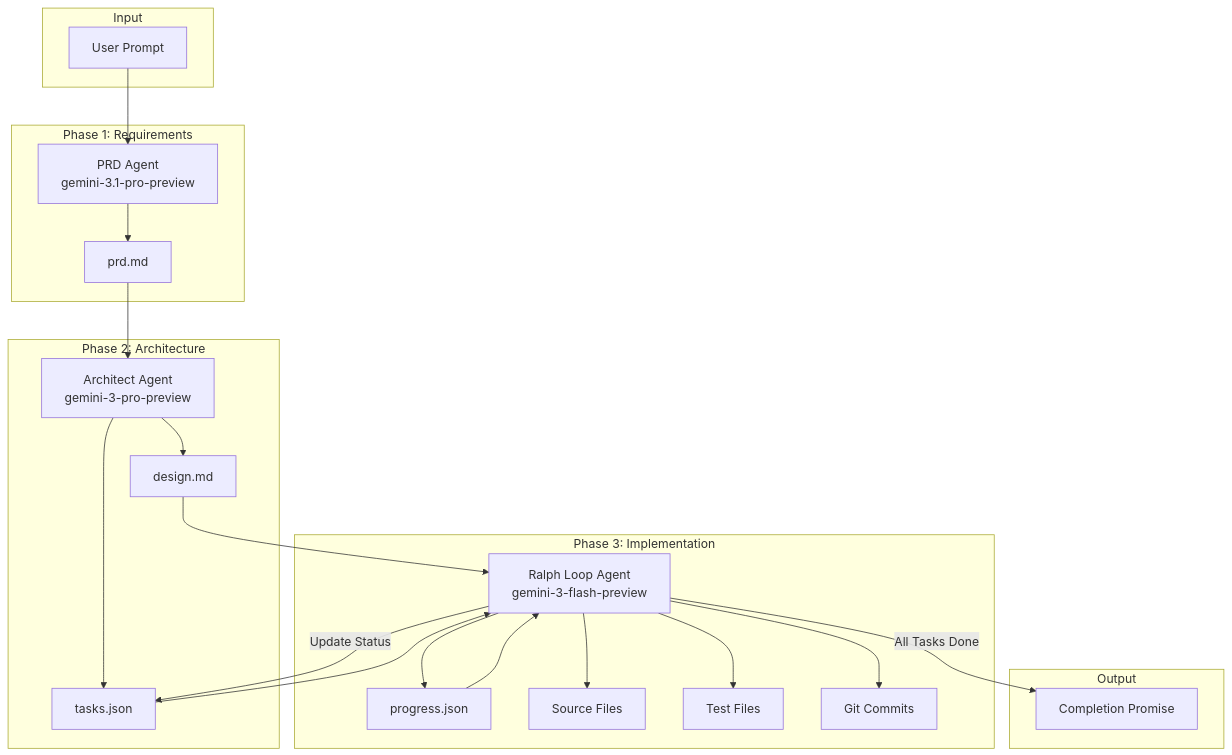
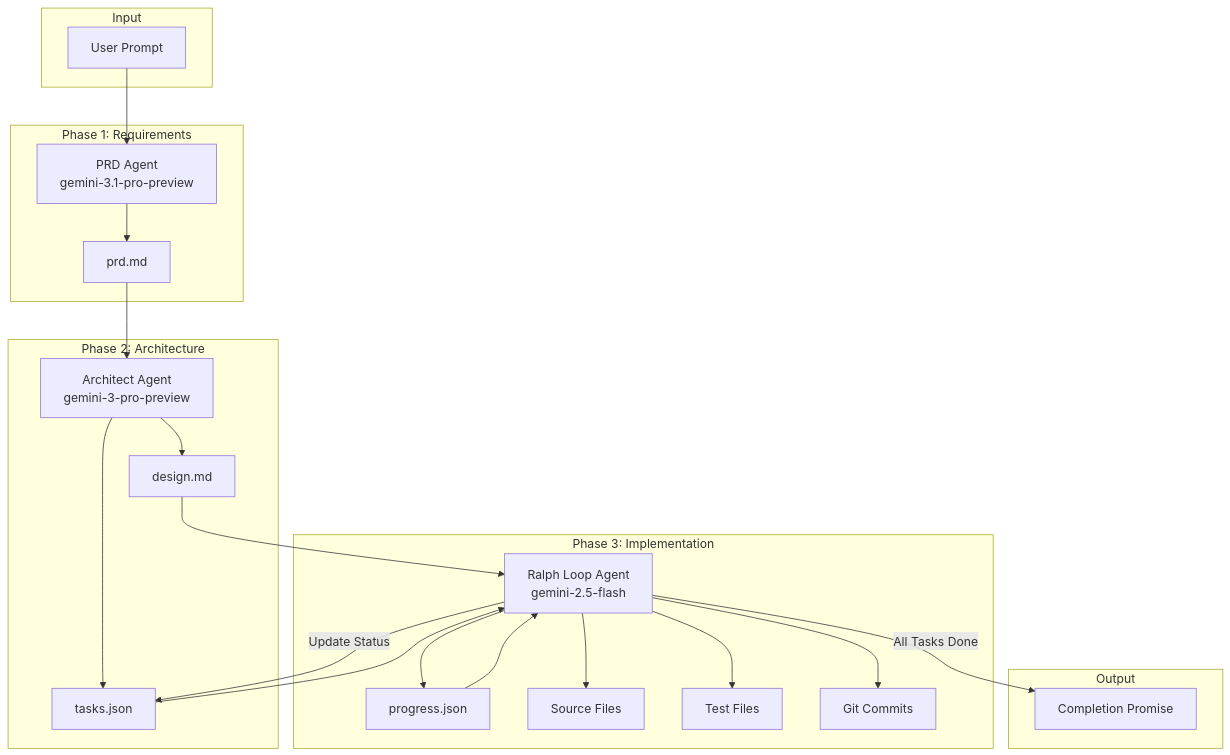
One commit to zavora-ai/adk-ralph changed the diagram in README.md. Above: the diagram before and after it, drawn with Mermaid. The commit also changed other lines of this file and 8 other files, not shown here.

````diff
--- a/README.md
+++ b/README.md
@@ -24,44 +24,44 @@
 ```mermaid
 flowchart TB
     subgraph Input
         UP[User Prompt]
     end
 
     subgraph "Phase 1: Requirements"
         PA[PRD Agent<br/>gemini-3.1-pro-preview]
         PRD[prd.md]
         UP --> PA
         PA --> PRD
     end
 
     subgraph "Phase 2: Architecture"
         AA[Architect Agent<br/>gemini-3-pro-preview]
         DES[design.md]
         TSK[tasks.json]
         PRD --> AA
         AA --> DES
         AA --> TSK
     end
 
     subgraph "Phase 3: Implementation"
-        RL[Ralph Loop Agent<br/>gemini-3-flash-preview]
+        RL[Ralph Loop Agent<br/>gemini-2.5-flash]
         PROG[progress.json]
         CODE[Source Files]
         TEST[Test Files]
         GIT[Git Commits]
 
         TSK --> RL
         DES --> RL
         PROG --> RL
         RL --> CODE
         RL --> TEST
         RL --> GIT
         RL --> PROG
         RL -->|Update Status| TSK
     end
 
     subgraph Output
         DONE[Completion Promise]
         RL -->|All Tasks Done| DONE
     end
 ```
````
